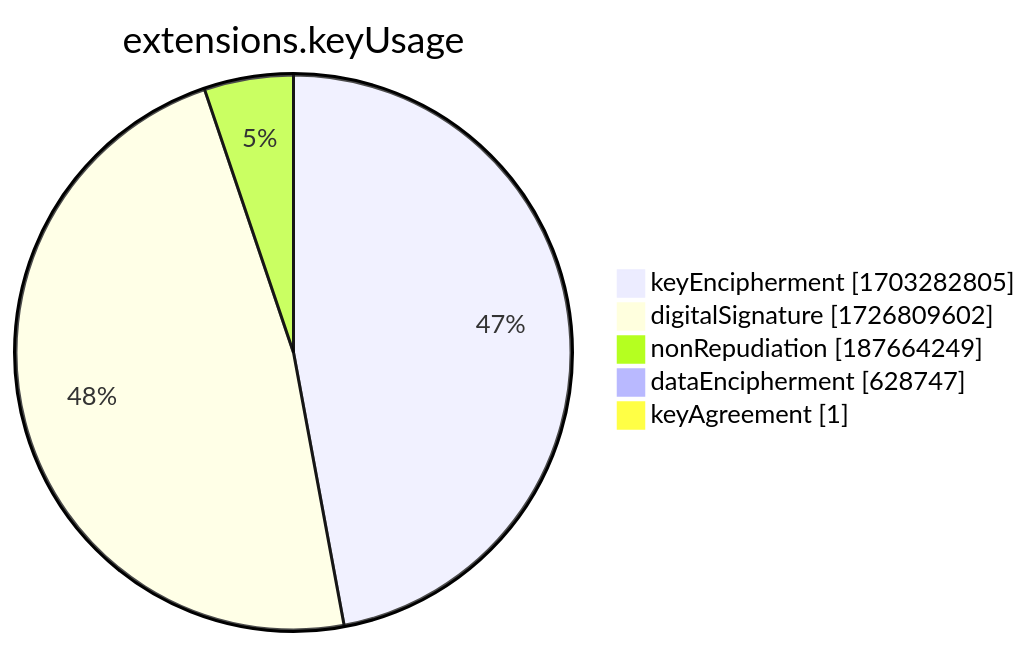
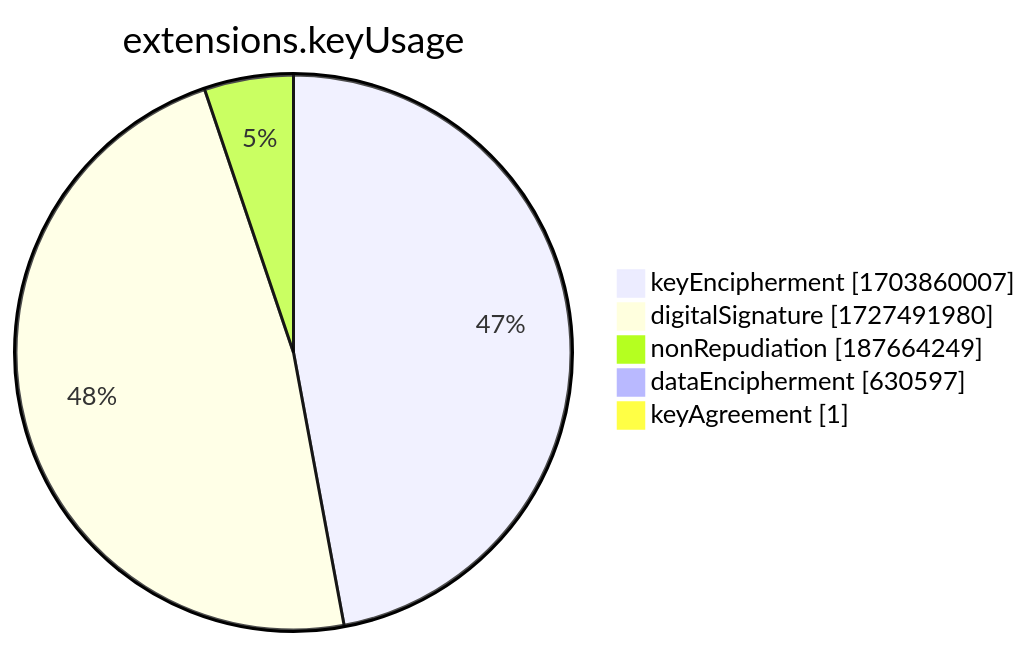
The seventh of 15 diagrams in xenon2022/README.md (christiankrug/ctmonitor_visualization), drawn with Mermaid before and after one commit. The commit also changed other lines of this file, not shown here.

````diff
--- a/xenon2022/README.md
+++ b/xenon2022/README.md
@@ -2858,9 +2858,9 @@
 ```mermaid
 pie showData
 title extensions.keyUsage
-"keyEncipherment" :1703282805
-"digitalSignature" :1726809602
+"keyEncipherment" :1703860007
+"digitalSignature" :1727491980
 "nonRepudiation" :187664249
-"dataEncipherment" :628747
+"dataEncipherment" :630597
 "keyAgreement" :1
 ```
````
